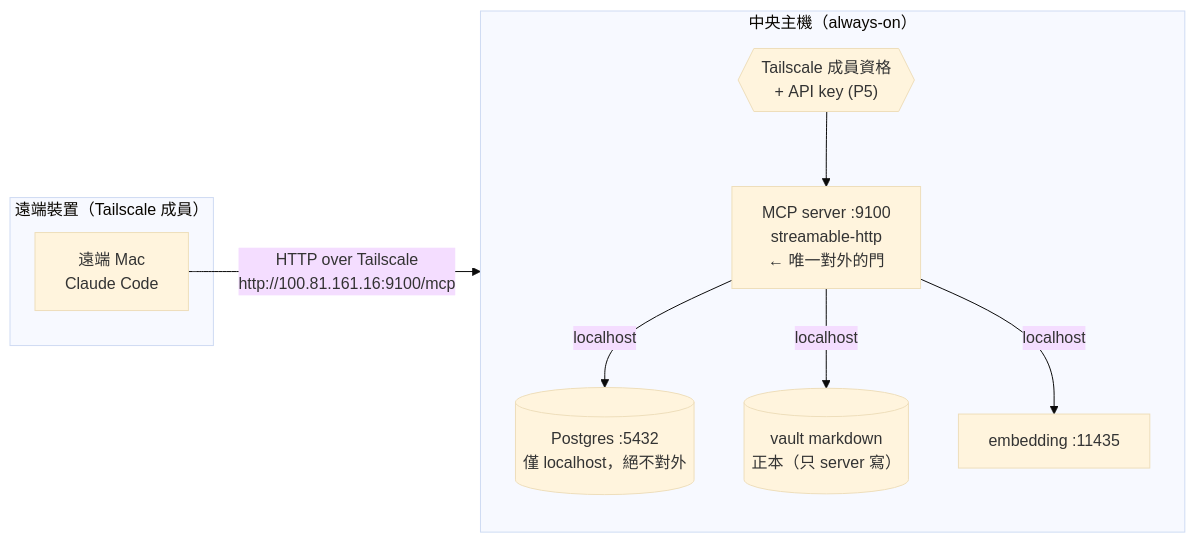
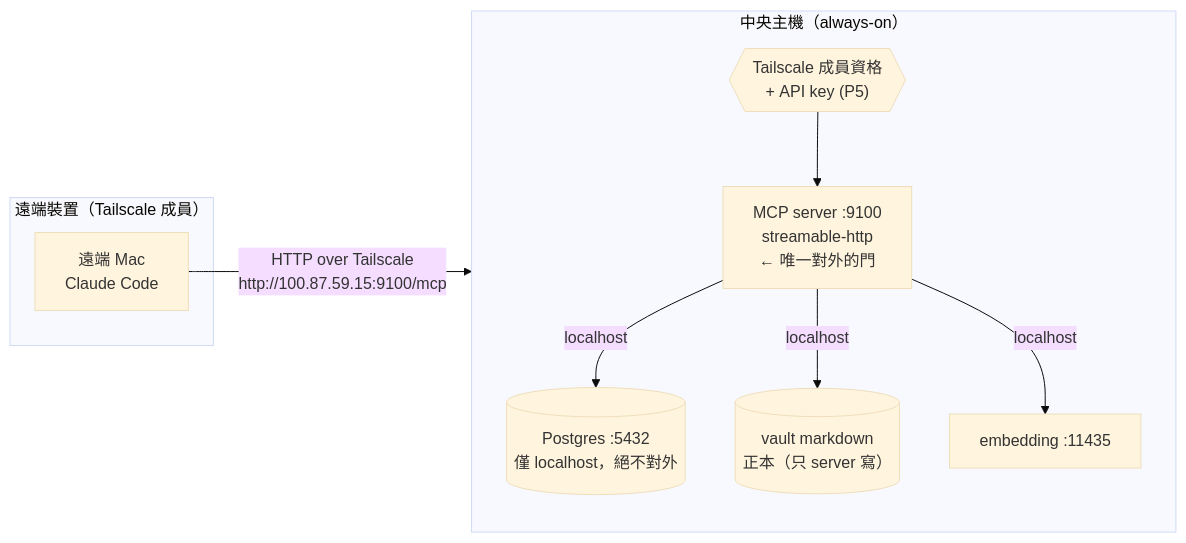
Before and after one commit to ddmanyes/second-brain-mcp: the first of 2 diagrams in MIGRATION_PLAN_POSTGRES.md, drawn with Mermaid (base theme). The commit also changed other lines of this file and 2 other files, not shown here.

First line of the commit message:
docs: correct the central-host address and document deploy + MCP connection

````diff
--- a/MIGRATION_PLAN_POSTGRES.md
+++ b/MIGRATION_PLAN_POSTGRES.md
@@ -81,20 +81,20 @@
 ```mermaid
 flowchart LR
     subgraph remote["遠端裝置（Tailscale 成員）"]
         R1["遠端 Mac<br/>Claude Code"]
     end
     subgraph host["中央主機（always-on）"]
         direction TB
         GW["MCP server :9100<br/>streamable-http<br/>← 唯一對外的門"]
         AUTH{{"Tailscale 成員資格<br/>+ API key (P5)"}}
         PG[("Postgres :5432<br/>僅 localhost，絕不對外")]
         FS[("vault markdown<br/>正本（只 server 寫）")]
         EMB["embedding :11435"]
     end
 
-    R1 -- "HTTP over Tailscale<br/>http://100.81.161.16:9100/mcp" --> AUTH
+    R1 -- "HTTP over Tailscale<br/>http://100.87.59.15:9100/mcp" --> AUTH
     AUTH --> GW
     GW -- localhost --> PG
     GW -- localhost --> FS
     GW -- localhost --> EMB
 ```
````
